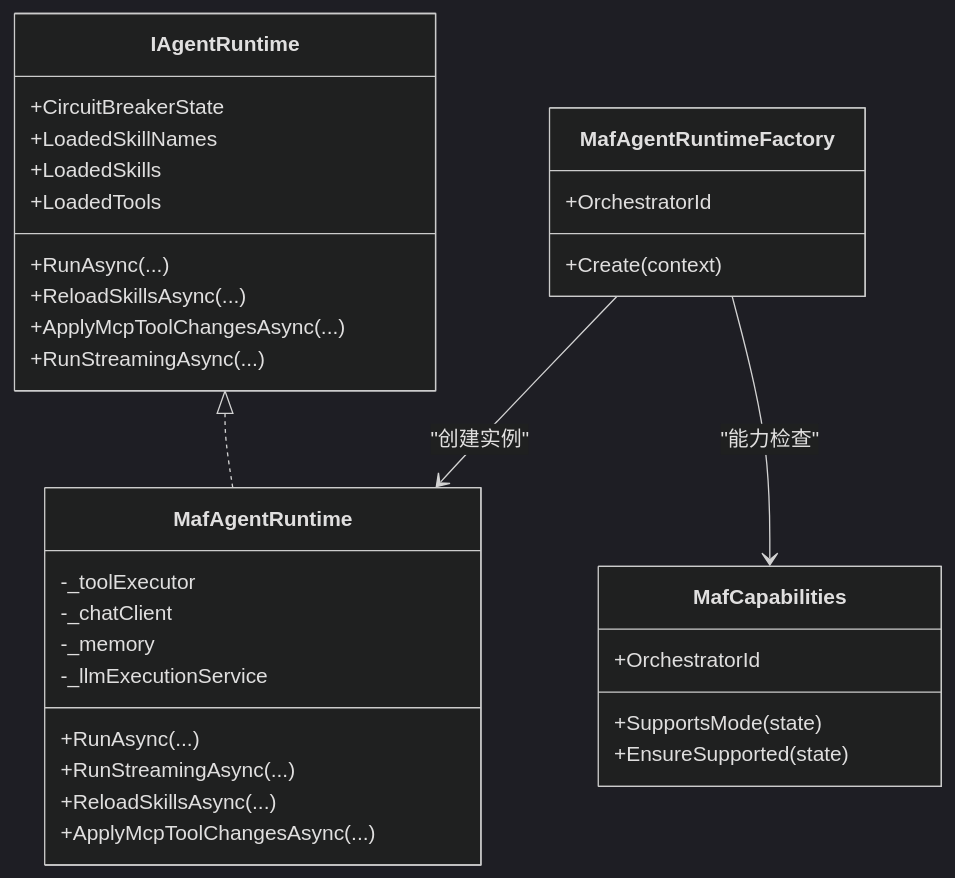
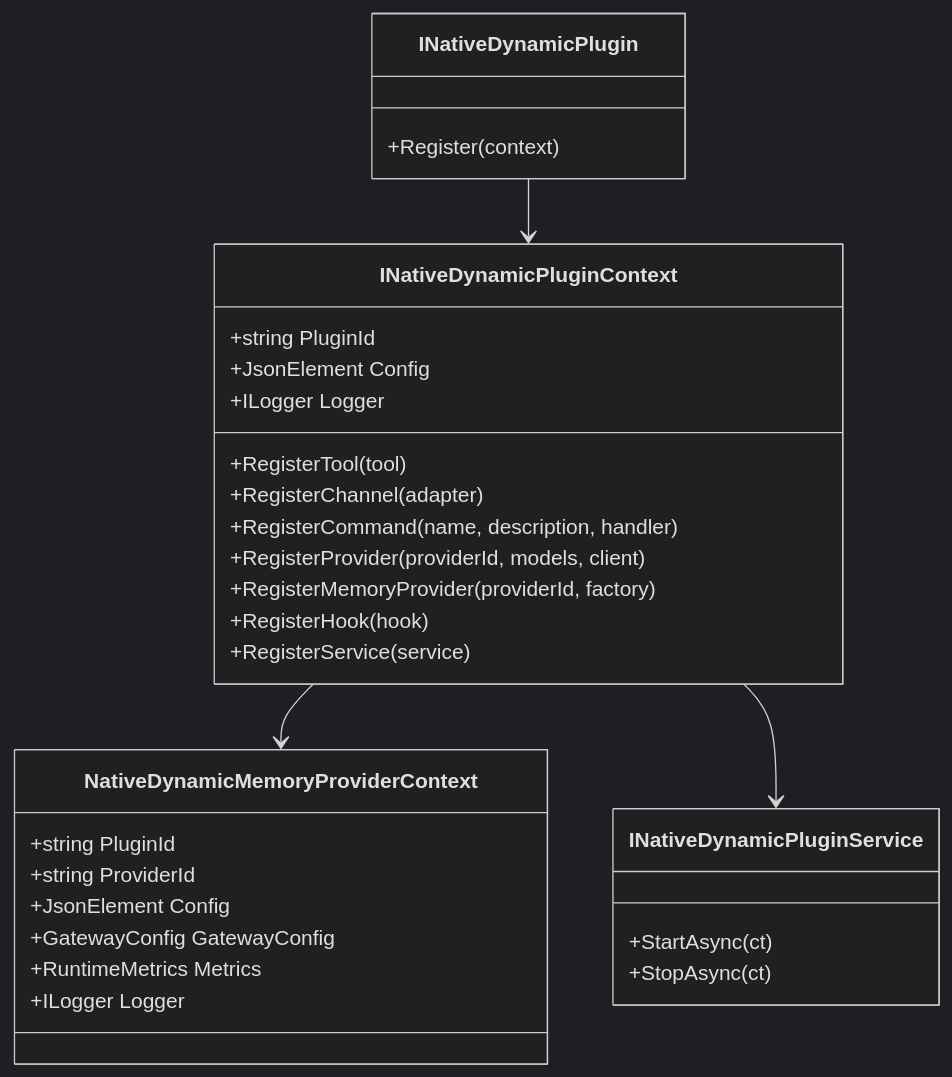
One commit to wayyet/kingcrab changed the fourth of 7 diagrams in .qoder/repowiki/zh/content/项目概述/项目概述.md. Above: the diagram before and after it, drawn with Mermaid (dark theme). The commit also changed other lines of this file and 431 other files, not shown here.

````diff
--- a/.qoder/repowiki/zh/content/项目概述/项目概述.md
+++ b/.qoder/repowiki/zh/content/项目概述/项目概述.md
@@ -191,35 +183,33 @@
 ```mermaid
 classDiagram
-class IAgentRuntime {
-+CircuitBreakerState
-+LoadedSkillNames
-+LoadedSkills
-+LoadedTools
-+RunAsync(...)
-+ReloadSkillsAsync(...)
-+ApplyMcpToolChangesAsync(...)
-+RunStreamingAsync(...)
+class INativeDynamicPlugin {
++Register(context)
 }
-class MafAgentRuntime {
--_toolExecutor
--_chatClient
--_memory
--_llmExecutionService
-+RunAsync(...)
-+RunStreamingAsync(...)
-+ReloadSkillsAsync(...)
-+ApplyMcpToolChangesAsync(...)
+class INativeDynamicPluginContext {
++string PluginId
++JsonElement Config
++ILogger Logger
++RegisterTool(tool)
++RegisterChannel(adapter)
++RegisterCommand(name, description, handler)
++RegisterProvider(providerId, models, client)
++RegisterMemoryProvider(providerId, factory)
++RegisterHook(hook)
++RegisterService(service)
 }
-class MafAgentRuntimeFactory {
-+OrchestratorId
-+Create(context)
+class NativeDynamicMemoryProviderContext {
++string PluginId
++string ProviderId
++JsonElement Config
++GatewayConfig GatewayConfig
++RuntimeMetrics Metrics
++ILogger Logger
 }
-class MafCapabilities {
-+OrchestratorId
-+SupportsMode(state)
-+EnsureSupported(state)
+class INativeDynamicPluginService {
++StartAsync(ct)
++StopAsync(ct)
 }
-IAgentRuntime <|.. MafAgentRuntime
-MafAgentRuntimeFactory --> MafAgentRuntime : "创建实例"
-MafAgentRuntimeFactory --> MafCapabilities : "能力检查"
+INativeDynamicPlugin --> INativeDynamicPluginContext
+INativeDynamicPluginContext --> NativeDynamicMemoryProviderContext
+INativeDynamicPluginContext --> INativeDynamicPluginService
 ```
````
